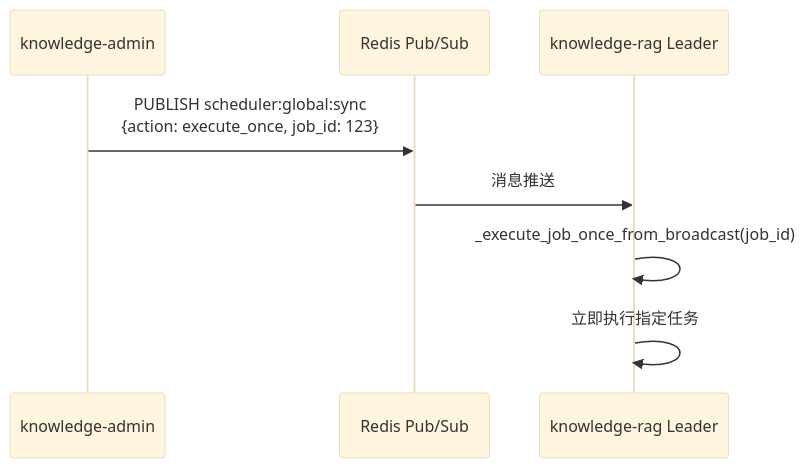
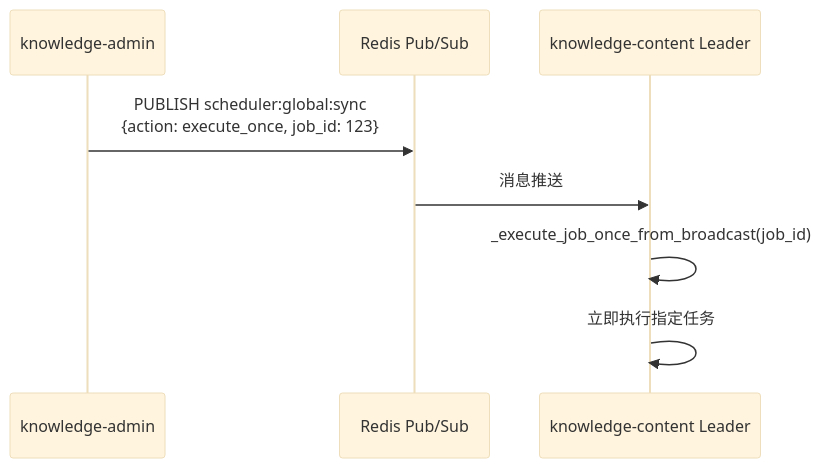
Before and after one commit to jiangwch03/knowledge: the fifth of 6 diagrams in docs/infrastructure/定时任务调度.md, drawn with Mermaid (base theme). The commit also changed other lines of this file and 201 other files, not shown here.

First line of the commit message:
refactor: 项目重命名 knowledge-rag → knowledge-content（全栈）

````diff
--- a/docs/infrastructure/定时任务调度.md
+++ b/docs/infrastructure/定时任务调度.md
@@ -86,11 +86,11 @@
 ```mermaid
 sequenceDiagram
     participant Admin as knowledge-admin
     participant Redis as Redis Pub/Sub
-    participant RagLeader as knowledge-rag Leader
+    participant RagLeader as knowledge-content Leader
 
     Admin->>Redis: PUBLISH scheduler:global:sync<br/>{action: execute_once, job_id: 123}
     Redis->>RagLeader: 消息推送
     RagLeader->>RagLeader: _execute_job_once_from_broadcast(job_id)
     RagLeader->>RagLeader: 立即执行指定任务
 ```
````
